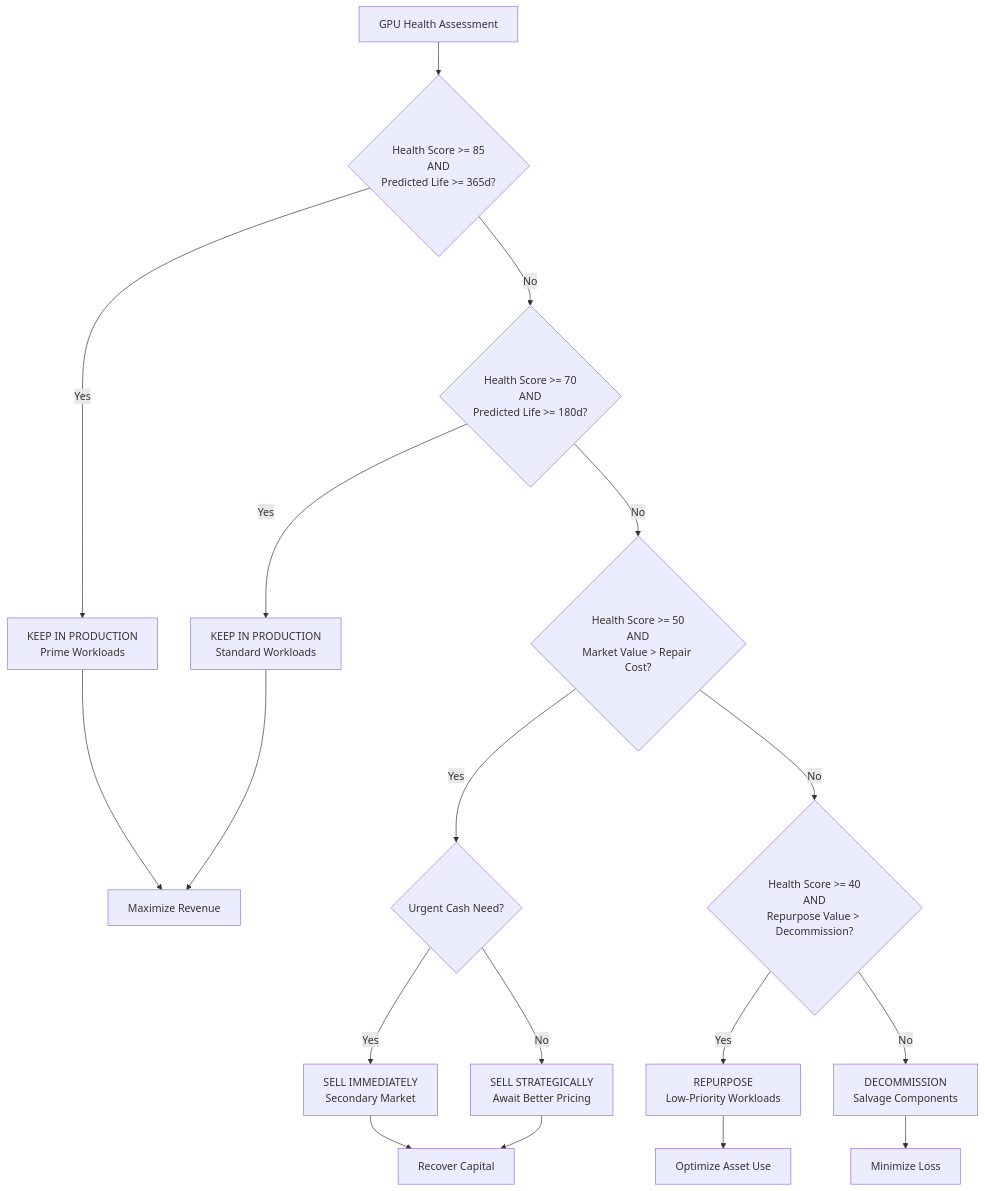
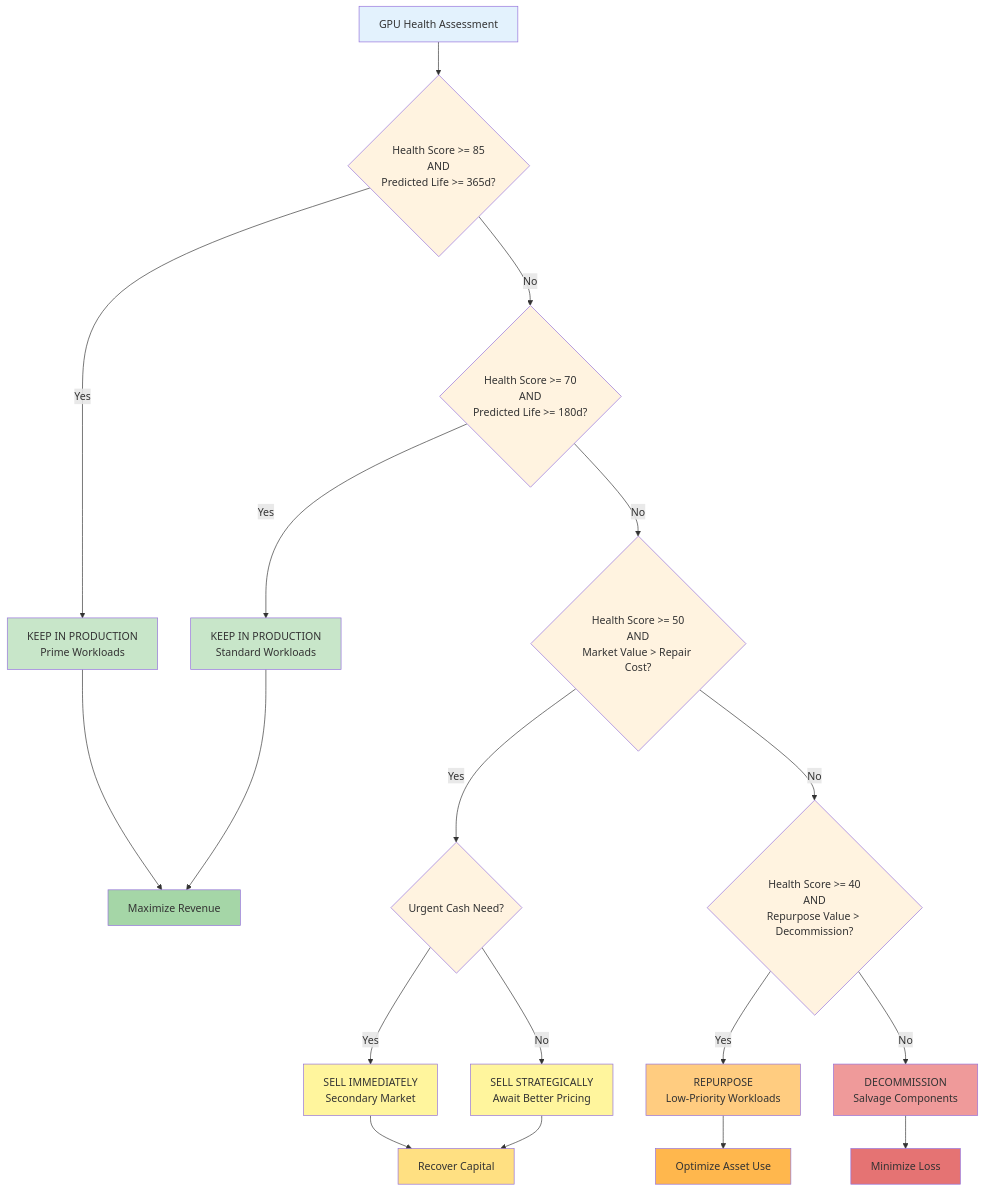
Before and after one commit to SolidRegardless/gpu-health-monitor: the ninth of 12 diagrams in gpu-health-system-architecture.md, drawn with Mermaid. The commit also changed other lines of this file, not shown here.

Commit message:
Add color-coded Mermaid diagrams to system architecture document

````diff
--- a/gpu-health-system-architecture.md
+++ b/gpu-health-system-architecture.md
@@ -1013,26 +1110,43 @@
 ```mermaid
 graph TD
     Start[GPU Health Assessment]
     
     Start --> Q1{Health Score >= 85<br/>AND<br/>Predicted Life >= 365d?}
     Q1 -->|Yes| Keep[KEEP IN PRODUCTION<br/>Prime Workloads]
     Q1 -->|No| Q2{Health Score >= 70<br/>AND<br/>Predicted Life >= 180d?}
     
     Q2 -->|Yes| KeepMed[KEEP IN PRODUCTION<br/>Standard Workloads]
     Q2 -->|No| Q3{Health Score >= 50<br/>AND<br/>Market Value > Repair Cost?}
     
     Q3 -->|Yes| Q4{Urgent Cash Need?}
     Q4 -->|Yes| SellNow[SELL IMMEDIATELY<br/>Secondary Market]
     Q4 -->|No| SellTimed[SELL STRATEGICALLY<br/>Await Better Pricing]
     
     Q3 -->|No| Q5{Health Score >= 40<br/>AND<br/>Repurpose Value > Decommission?}
     Q5 -->|Yes| Repurpose[REPURPOSE<br/>Low-Priority Workloads]
     Q5 -->|No| Decom[DECOMMISSION<br/>Salvage Components]
     
     Keep --> Revenue[Maximize Revenue]
     KeepMed --> Revenue
     SellNow --> Liquidity[Recover Capital]
     SellTimed --> Liquidity
     Repurpose --> Optimize[Optimize Asset Use]
     Decom --> Minimize[Minimize Loss]
+    
+    style Start fill:#e3f2fd
+    style Q1 fill:#fff3e0
+    style Q2 fill:#fff3e0
+    style Q3 fill:#fff3e0
+    style Q4 fill:#fff3e0
+    style Q5 fill:#fff3e0
+    style Keep fill:#c8e6c9
+    style KeepMed fill:#c8e6c9
+    style SellNow fill:#fff59d
+    style SellTimed fill:#fff59d
+    style Repurpose fill:#ffcc80
+    style Decom fill:#ef9a9a
+    style Revenue fill:#a5d6a7
+    style Liquidity fill:#ffe082
+    style Optimize fill:#ffb74d
+    style Minimize fill:#e57373
 ```
````
